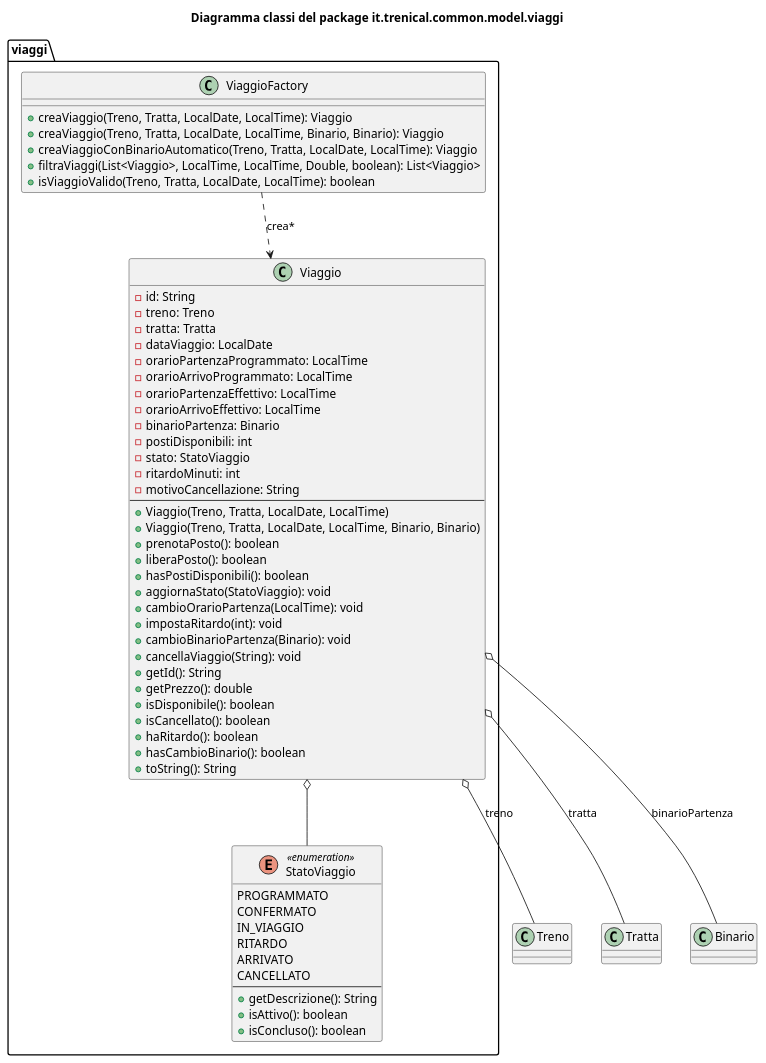
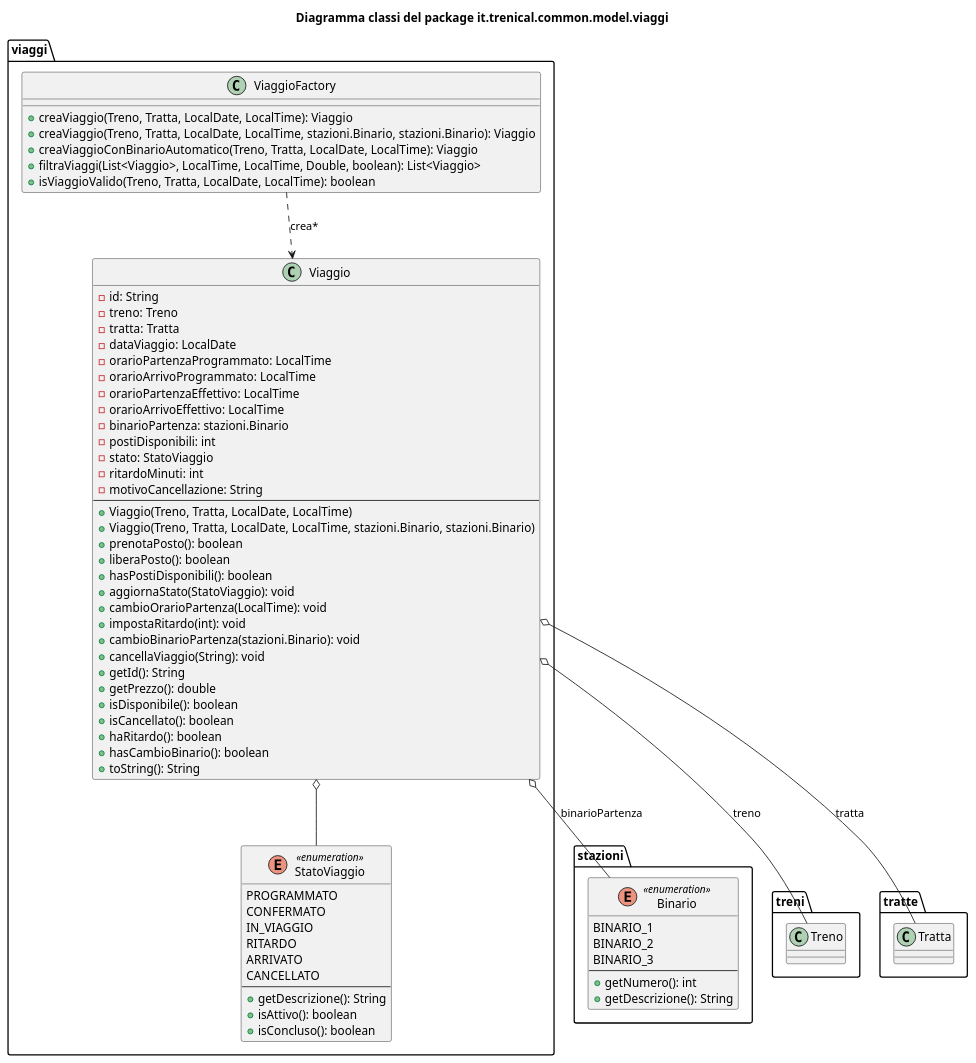
Before and after one commit to giaq10/TreniCal: the diagram in src/main/java/it/trenical/common/model/viaggi/ViaggiClassDiagram.puml, drawn with PlantUML. The commit also changed 6 other files, not shown here.

Commit message:
modifiche uml

```diff
--- a/src/main/java/it/trenical/common/model/viaggi/ViaggiClassDiagram.puml
+++ b/src/main/java/it/trenical/common/model/viaggi/ViaggiClassDiagram.puml
@@ -1,70 +1,82 @@
 @startuml ViaggiModel
 title Diagramma classi del package it.trenical.common.model.viaggi
+
+' Definizione del package esterno contenente Binario
+package stazioni {
+  enum Binario <<enumeration>> {
+    BINARIO_1
+    BINARIO_2
+    BINARIO_3
+    --
+    + getNumero(): int
+    + getDescrizione(): String
+  }
+}
 
 package viaggi {
   
   enum StatoViaggio <<enumeration>> {
     PROGRAMMATO
     CONFERMATO
     IN_VIAGGIO
     RITARDO
     ARRIVATO
     CANCELLATO
     --
     + getDescrizione(): String
     + isAttivo(): boolean
     + isConcluso(): boolean
   }
 
   class Viaggio {
     - id: String
     - treno: Treno
     - tratta: Tratta
     - dataViaggio: LocalDate
     - orarioPartenzaProgrammato: LocalTime
     - orarioArrivoProgrammato: LocalTime
     - orarioPartenzaEffettivo: LocalTime
     - orarioArrivoEffettivo: LocalTime
-    - binarioPartenza: Binario
+    - binarioPartenza: stazioni.Binario
     - postiDisponibili: int
     - stato: StatoViaggio
     - ritardoMinuti: int
     - motivoCancellazione: String
     --
     + Viaggio(Treno, Tratta, LocalDate, LocalTime)
-    + Viaggio(Treno, Tratta, LocalDate, LocalTime, Binario, Binario)
+    + Viaggio(Treno, Tratta, LocalDate, LocalTime, stazioni.Binario, stazioni.Binario)
     + prenotaPosto(): boolean
     + liberaPosto(): boolean
     + hasPostiDisponibili(): boolean
     + aggiornaStato(StatoViaggio): void
     + cambioOrarioPartenza(LocalTime): void
     + impostaRitardo(int): void
-    + cambioBinarioPartenza(Binario): void
+    + cambioBinarioPartenza(stazioni.Binario): void
     + cancellaViaggio(String): void
     + getId(): String
     + getPrezzo(): double
     + isDisponibile(): boolean
     + isCancellato(): boolean
     + haRitardo(): boolean
     + hasCambioBinario(): boolean
     + toString(): String
   }
 
   class ViaggioFactory {
     + creaViaggio(Treno, Tratta, LocalDate, LocalTime): Viaggio
-    + creaViaggio(Treno, Tratta, LocalDate, LocalTime, Binario, Binario): Viaggio
+    + creaViaggio(Treno, Tratta, LocalDate, LocalTime, stazioni.Binario, stazioni.Binario): Viaggio
     + creaViaggioConBinarioAutomatico(Treno, Tratta, LocalDate, LocalTime): Viaggio
     + filtraViaggi(List<Viaggio>, LocalTime, LocalTime, Double, boolean): List<Viaggio>
     + isViaggioValido(Treno, Tratta, LocalDate, LocalTime): boolean
   }
 
 }
 
 ' relazioni con altri package
 Viaggio o-- StatoViaggio
 ViaggioFactory ..> Viaggio           : crea*
-Viaggio o-- Treno                    : treno
-Viaggio o-- Tratta                  : tratta
-Viaggio o-- Binario                 : binarioPartenza
+Viaggio o-- treni.Treno                    : treno
+Viaggio o-- tratte.Tratta                  : tratta
+Viaggio o-- stazioni.Binario         : binarioPartenza
 
 @enduml
```
